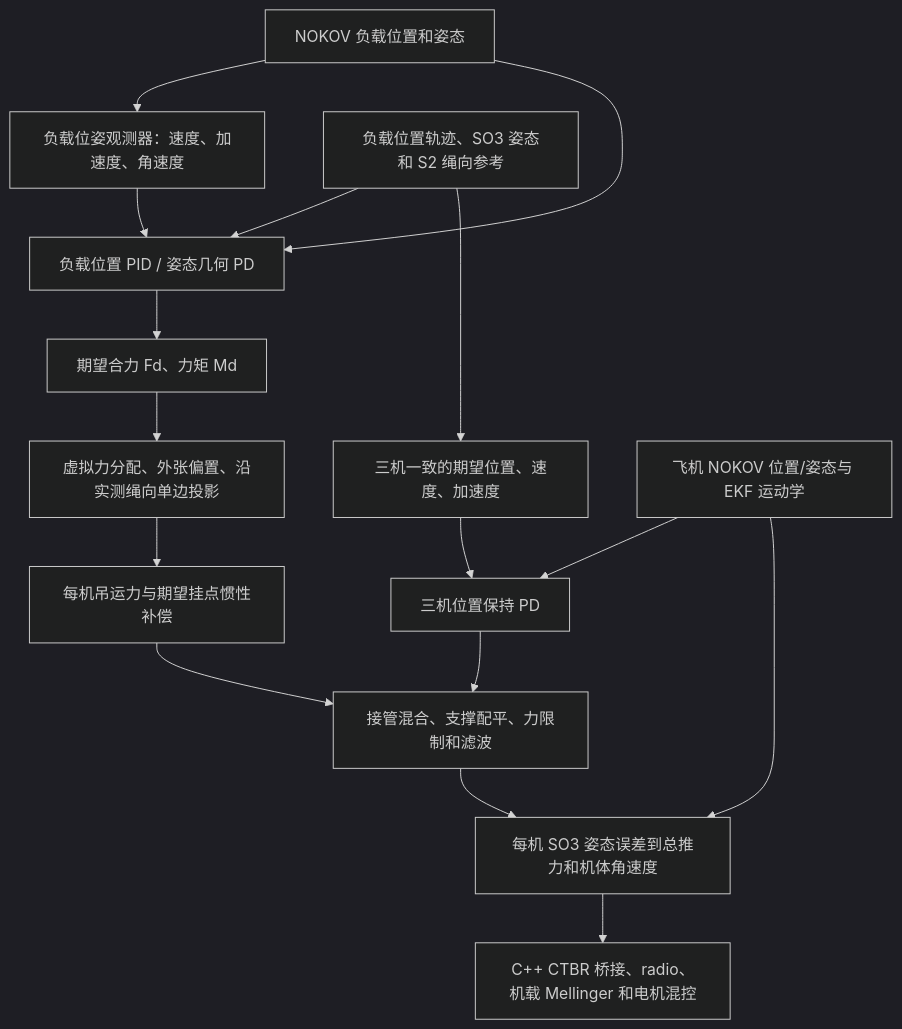
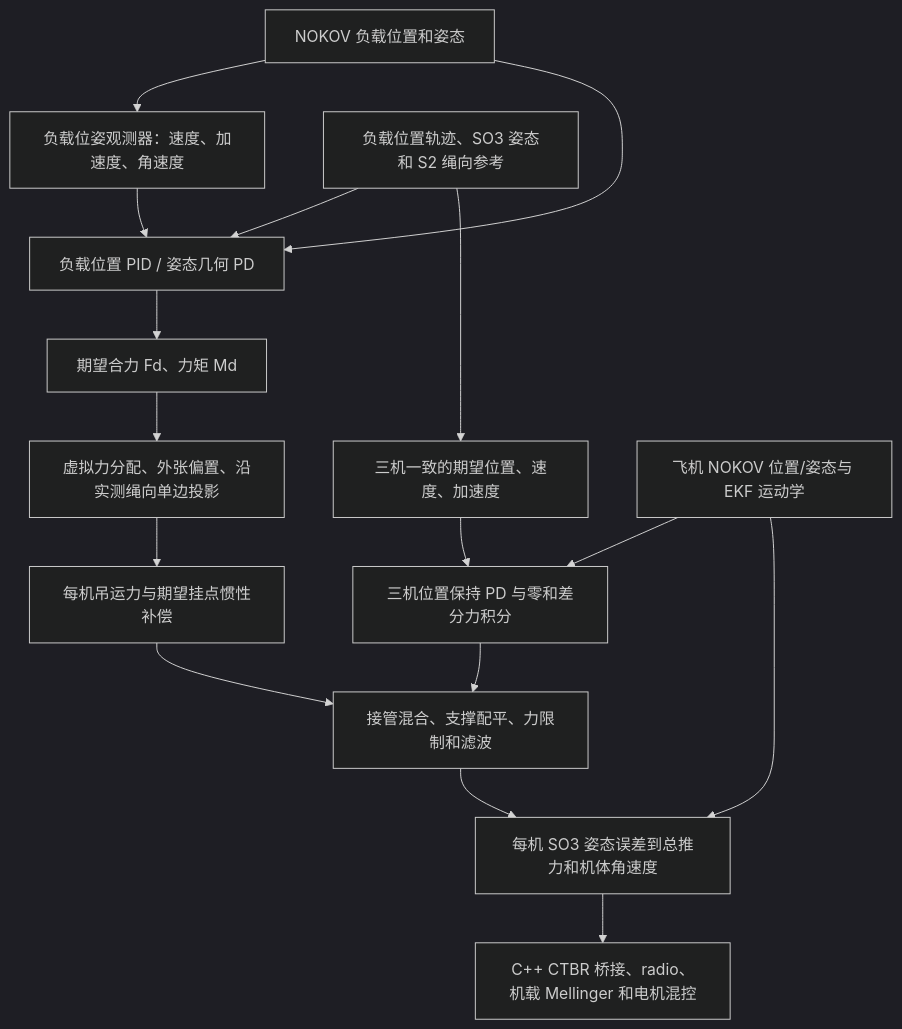
One commit to 1836336595/cf-control changed the diagram in README.md. Above: the diagram before and after it, drawn with Mermaid (dark theme). The commit also changed other lines of this file and 25 other files, not shown here.

````diff
--- a/README.md
+++ b/README.md
@@ -259,18 +278,18 @@
 ```mermaid
 flowchart TD
     A["NOKOV 负载位置和姿态"] --> B["负载位姿观测器：速度、加速度、角速度"]
     A --> C["负载位置 PID / 姿态几何 PD"]
     B --> C
     D["负载位置轨迹、SO3 姿态和 S2 绳向参考"] --> C
     C --> E["期望合力 Fd、力矩 Md"]
     E --> F["虚拟力分配、外张偏置、沿实测绳向单边投影"]
     D --> G["三机一致的期望位置、速度、加速度"]
-    H["飞机 NOKOV 位置/姿态与 EKF 运动学"] --> I["三机位置保持 PD"]
+    H["飞机 NOKOV 位置/姿态与 EKF 运动学"] --> I["三机位置保持 PD 与零和差分力积分"]
     G --> I
     F --> J["每机吊运力与期望挂点惯性补偿"]
     I --> K["接管混合、支撑配平、力限制和滤波"]
     J --> K
     K --> L["每机 SO3 姿态误差到总推力和机体角速度"]
     H --> L
     L --> M["C++ CTBR 桥接、radio、机载 Mellinger 和电机混控"]
 ```
````
